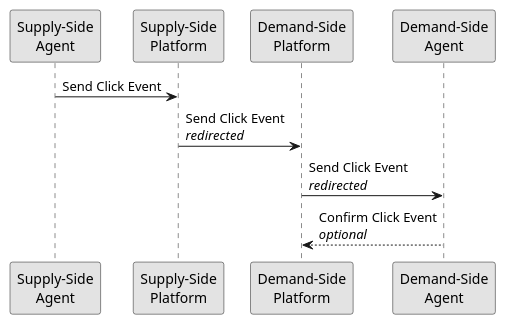
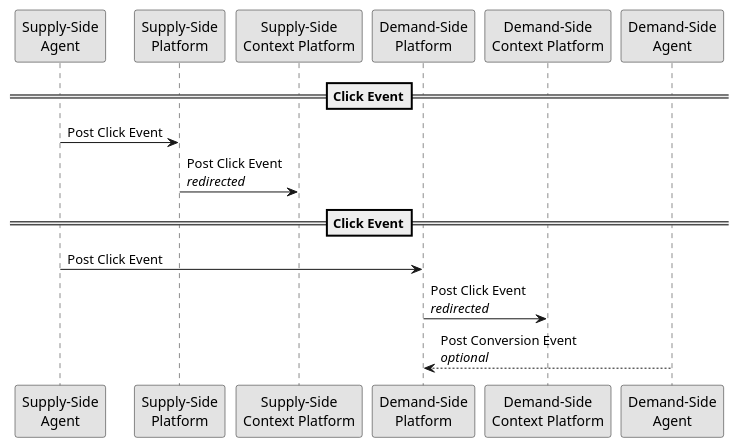
One commit to adshares/adshares-docs changed the diagram in protocol/impressions/user_clicks.rst. Above: the diagram before and after it, drawn with PlantUML. The commit also changed other lines of this file and 5 other files, not shown here.

```diff
--- a/protocol/impressions/user_clicks.rst
+++ b/protocol/impressions/user_clicks.rst
@@ -7,14 +7,20 @@
 .. uml::
     :align: center
 
     skinparam monochrome true
 
-    participant "Supply-Side\nAgent"            as SSA
-    participant "Supply-Side\nPlatform"         as SSP
-    participant "Demand-Side\nPlatform"         as DSP
-    participant "Demand-Side\nAgent"            as DSA
+    participant "Supply-Side\nAgent"                as SSA
+    participant "Supply-Side\nPlatform"             as SSP
+    participant "Supply-Side\nContext Platform"     as SSCP
+    participant "Demand-Side\nPlatform"             as DSP
+    participant "Demand-Side\nContext Platform"     as DSCP
+    participant "Demand-Side\nAgent"                as DSA
 
-    SSA ->      SSP     : Send Click Event
-    SSP ->      DSP     : Send Click Event\n//redirected//
-    DSP ->      DSA     : Send Click Event\n//redirected//
-    DSA -->     DSP     : Confirm Click Event\n//optional//
+    ==Click Event==
+    SSA ->      SSP     : Post Click Event
+    SSP ->      SSCP    : Post Click Event\n//redirected//
+
+    ==Click Event==
+    SSA ->      DSP     : Post Click Event
+    DSP ->      DSCP    : Post Click Event\n//redirected//
+    DSA -->     DSP     : Post Conversion Event\n//optional//
```
